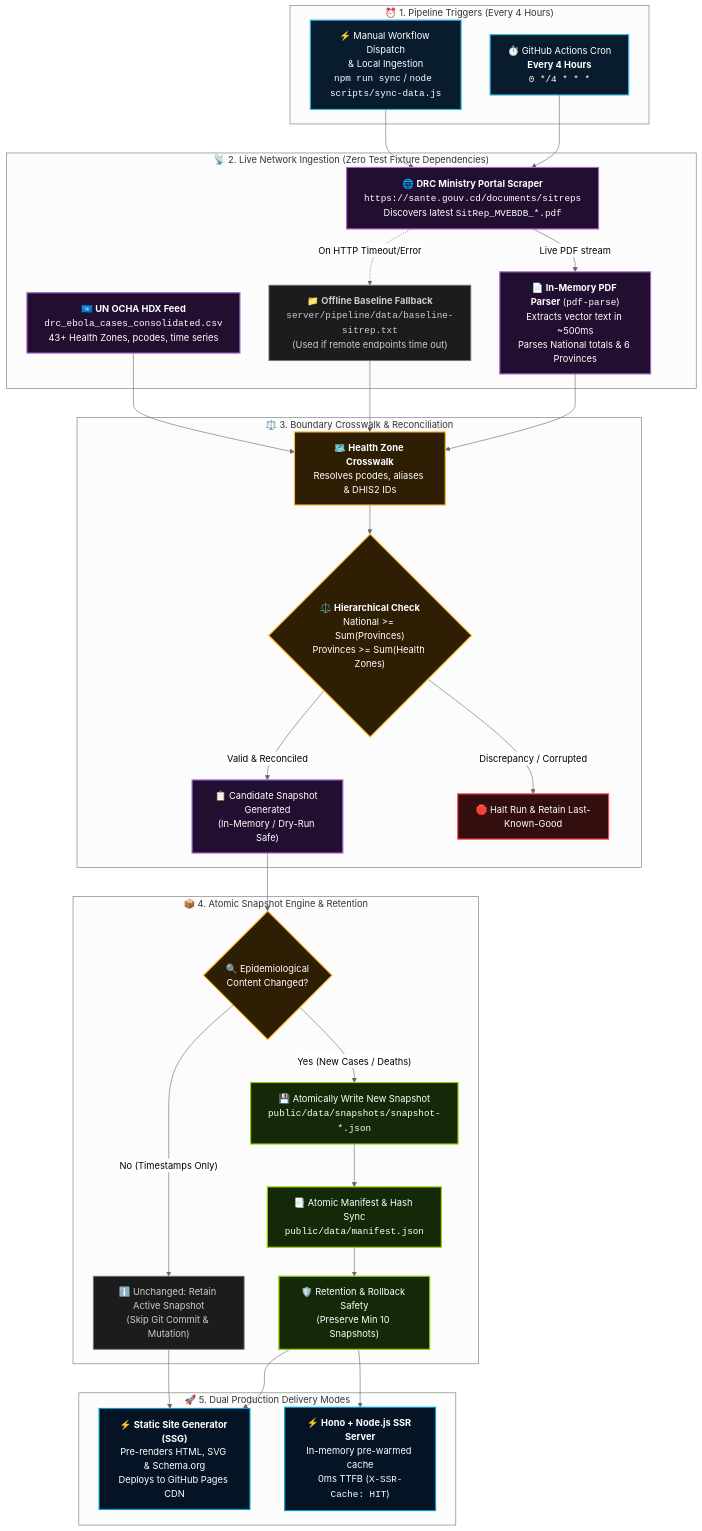
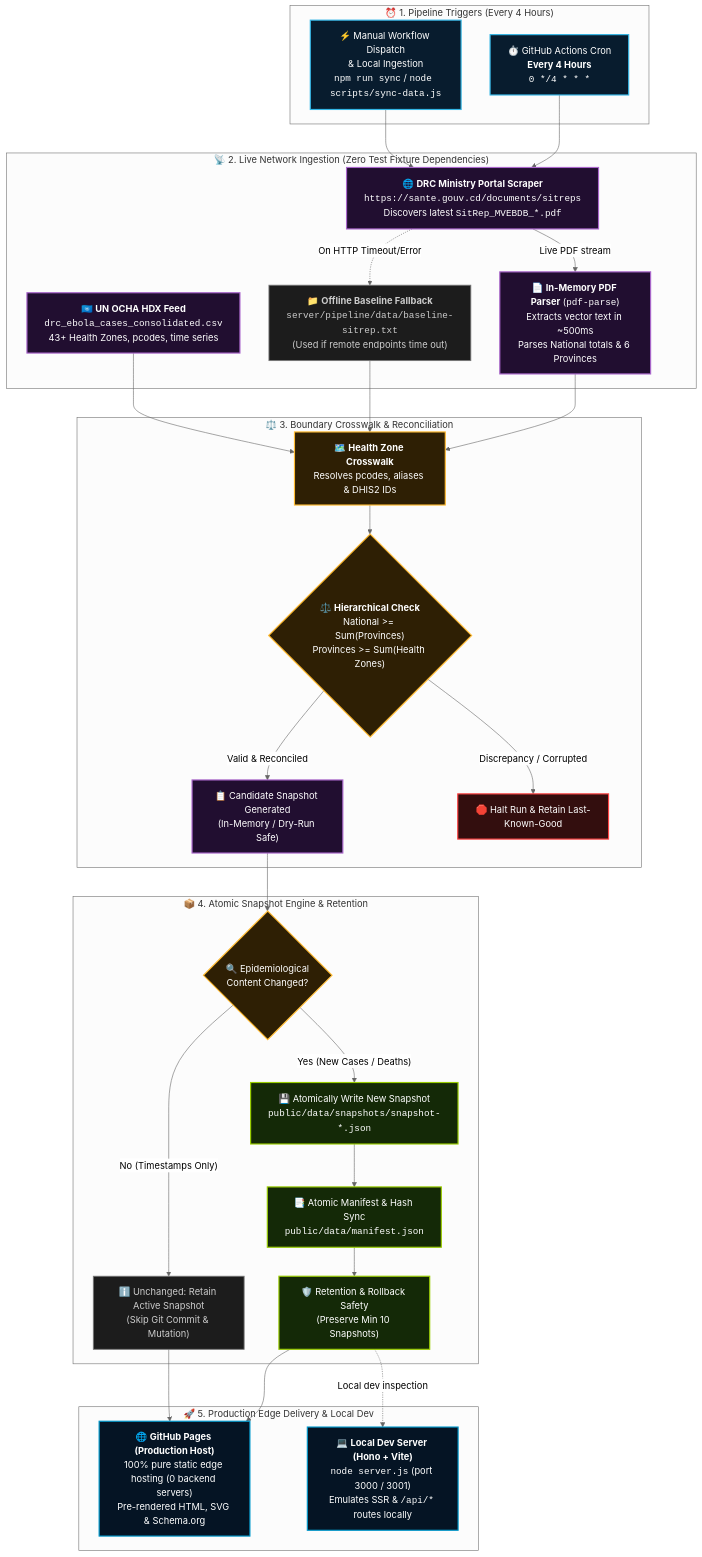
One commit to FottyM/ebola-tracker changed the diagram in README.md. Above: the diagram before and after it, drawn with Mermaid (neutral theme). The commit also changed other lines of this file, not shown here.

Commit message:
docs: clarify Hono role is strictly for local dev environment

````diff
--- a/README.md
+++ b/README.md
@@ -74,70 +74,70 @@
 ```mermaid
 flowchart TD
     subgraph Trigger ["⏰ 1. Pipeline Triggers (Every 4 Hours)"]
         Cron["⏱️ GitHub Actions Cron<br/><b>Every 4 Hours</b><br/><code>0 */4 * * *</code>"]
         Dispatch["⚡ Manual Workflow Dispatch<br/>& Local Ingestion<br/><code>npm run sync</code> / <code>node scripts/sync-data.js</code>"]
     end
 
     subgraph DynamicIngestion ["📡 2. Live Network Ingestion (Zero Test Fixture Dependencies)"]
         FetchPortal["🌐 <b>DRC Ministry Portal Scraper</b><br/><code>https://sante.gouv.cd/documents/sitreps</code><br/>Discovers latest <code>SitRep_MVEBDB_*.pdf</code>"]
         ParsePDF["📄 <b>In-Memory PDF Parser</b> (<code>pdf-parse</code>)<br/>Extracts vector text in ~500ms<br/>Parses National totals & 6 Provinces"]
         FetchHDX["🇺🇳 <b>UN OCHA HDX Feed</b><br/><code>drc_ebola_cases_consolidated.csv</code><br/>43+ Health Zones, pcodes, time series"]
         Fallback["📁 <b>Offline Baseline Fallback</b><br/><code>server/pipeline/data/baseline-sitrep.txt</code><br/>(Used if remote endpoints time out)"]
     end
 
     subgraph ValidationEngine ["⚖️ 3. Boundary Crosswalk & Reconciliation"]
         Crosswalk["🗺️ <b>Health Zone Crosswalk</b><br/>Resolves pcodes, aliases & DHIS2 IDs"]
         Reconcile{"⚖️ <b>Hierarchical Check</b><br/>National >= Sum(Provinces)<br/>Provinces >= Sum(Health Zones)"}
         Candidate["📋 Candidate Snapshot Generated<br/>(In-Memory / Dry-Run Safe)"]
         Halt["🛑 Halt Run & Retain Last-Known-Good"]
     end
 
     subgraph StorageEngine ["📦 4. Atomic Snapshot Engine & Retention"]
         Diff{"🔍 Epidemiological<br/>Content Changed?"}
         Store["💾 Atomically Write New Snapshot<br/><code>public/data/snapshots/snapshot-*.json</code>"]
         Manifest["📑 Atomic Manifest & Hash Sync<br/><code>public/data/manifest.json</code>"]
         Retain["🛡️ Retention & Rollback Safety<br/>(Preserve Min 10 Snapshots)"]
         Noop["ℹ️ Unchanged: Retain Active Snapshot<br/>(Skip Git Commit & Mutation)"]
     end
 
-    subgraph Delivery ["🚀 5. Dual Production Delivery Modes"]
-        SSGBuild["⚡ <b>Static Site Generator (SSG)</b><br/>Pre-renders HTML, SVG & Schema.org<br/>Deploys to GitHub Pages CDN"]
-        SSRServer["⚡ <b>Hono + Node.js SSR Server</b><br/>In-memory pre-warmed cache<br/>0ms TTFB (<code>X-SSR-Cache: HIT</code>)"]
+    subgraph Delivery ["🚀 5. Production Edge Delivery & Local Dev"]
+        SSGBuild["🌐 <b>GitHub Pages (Production Host)</b><br/>100% pure static edge hosting (0 backend servers)<br/>Pre-rendered HTML, SVG & Schema.org"]
+        SSRServer["💻 <b>Local Dev Server (Hono + Vite)</b><br/><code>node server.js</code> (port 3000 / 3001)<br/>Emulates SSR & <code>/api/*</code> routes locally"]
     end
 
     Cron --> FetchPortal
     Dispatch --> FetchPortal
     FetchPortal -->|Live PDF stream| ParsePDF
     FetchPortal -.->|On HTTP Timeout/Error| Fallback
     ParsePDF --> Crosswalk
     Fallback --> Crosswalk
     FetchHDX --> Crosswalk
     Crosswalk --> Reconcile
     Reconcile -- "Valid & Reconciled" --> Candidate
     Reconcile -- "Discrepancy / Corrupted" --> Halt
     Candidate --> Diff
     Diff -- "Yes (New Cases / Deaths)" --> Store
     Diff -- "No (Timestamps Only)" --> Noop
     Store --> Manifest
     Manifest --> Retain
     Retain --> SSGBuild
-    Retain --> SSRServer
+    Retain -.->|Local dev inspection| SSRServer
     Noop --> SSGBuild
 
     classDef holoBlue fill:#081c2e,stroke:#33b5e5,stroke-width:2px,color:#ffffff;
     classDef holoDarkBlue fill:#051424,stroke:#0099cc,stroke-width:2px,color:#ffffff;
     classDef holoPurple fill:#210e30,stroke:#aa66cc,stroke-width:2px,color:#ffffff;
     classDef holoGreen fill:#142907,stroke:#99cc00,stroke-width:2px,color:#ffffff;
     classDef holoOrange fill:#2e1f04,stroke:#ffbb33,stroke-width:2px,color:#ffffff;
     classDef holoRed fill:#330e0e,stroke:#ff4444,stroke-width:2px,color:#ffffff;
     classDef holoGray fill:#1c1c1c,stroke:#777777,stroke-width:1.5px,color:#cccccc;
 
     class Cron,Dispatch holoBlue;
     class FetchPortal,ParsePDF,FetchHDX,Candidate holoPurple;
     class Fallback holoGray;
     class Diff,Reconcile,Crosswalk holoOrange;
     class Store,Manifest,Retain holoGreen;
     class SSGBuild,SSRServer holoDarkBlue;
     class Halt holoRed;
     class Noop holoGray;
 ```
````
